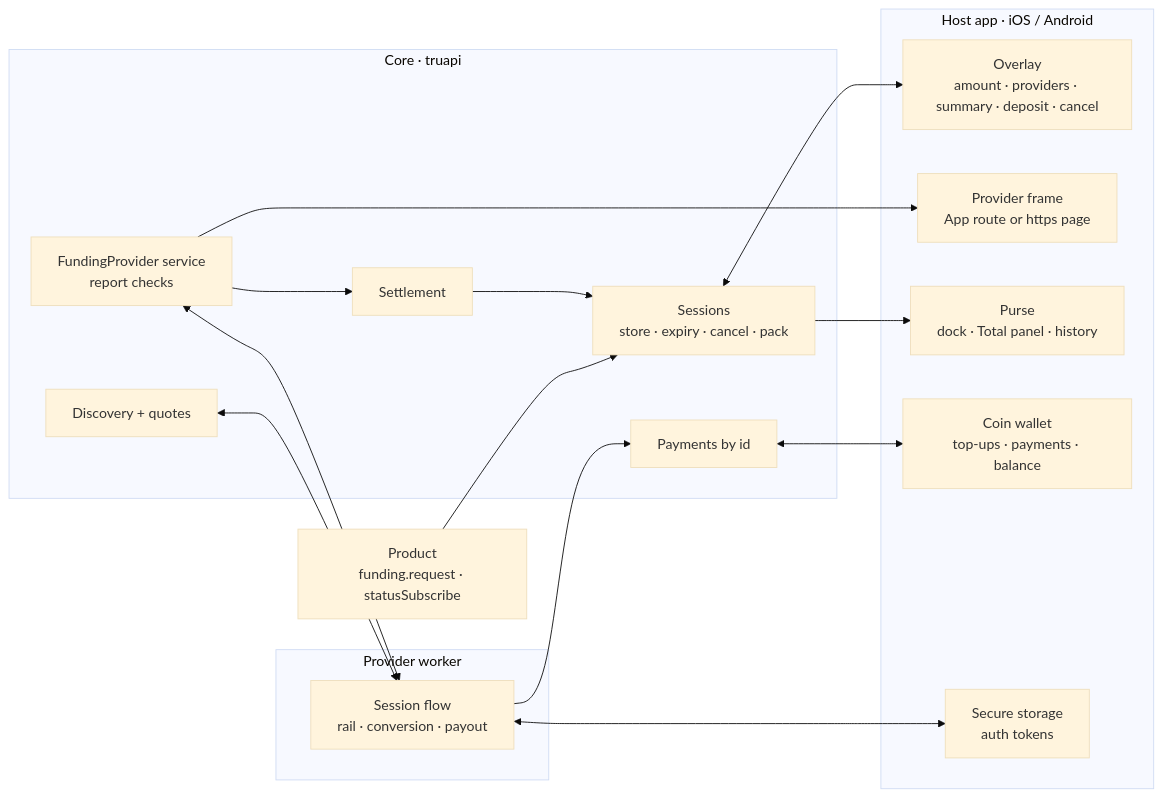
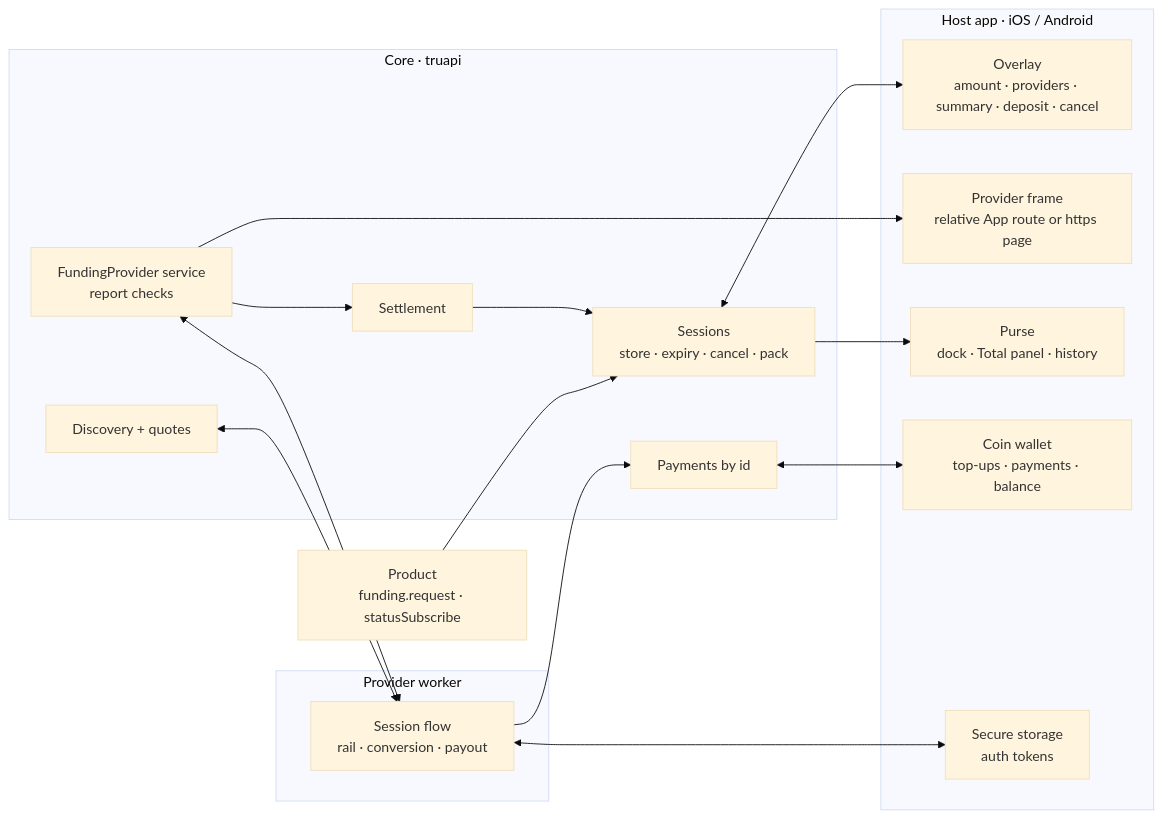
Before and after one commit to paritytech/trinity-user-agents: the first of 8 diagrams in docs/design/funding-modality.md, drawn with Mermaid (base theme). The commit also changed other lines of this file, not shown here.

````diff
--- a/docs/design/funding-modality.md
+++ b/docs/design/funding-modality.md
@@ -14,35 +14,35 @@
 ```mermaid
 flowchart LR
   product["Product<br/>funding.request · statusSubscribe"]
 
   subgraph HOST["Host app · iOS / Android"]
     overlay["Overlay<br/>amount · providers · summary · deposit · cancel"]
-    frame["Provider frame<br/>App route or https page"]
+    frame["Provider frame<br/>relative App route or https page"]
     purse["Purse<br/>dock · Total panel · history"]
     wallet["Coin wallet<br/>top-ups · payments · balance"]
     secure["Secure storage<br/>auth tokens"]
   end
 
   subgraph CORE["Core · truapi"]
     sessions["Sessions<br/>store · expiry · cancel · pack"]
     quotes["Discovery + quotes"]
     provider["FundingProvider service<br/>report checks"]
     settle["Settlement"]
     payments["Payments by id"]
   end
 
   subgraph WORKER["Provider worker"]
     flow["Session flow<br/>rail · conversion · payout"]
   end
 
   product --> sessions
   sessions <--> overlay
   sessions --> purse
   quotes <--> flow
   provider <--> flow
   provider --> frame
   flow --> payments
   payments <--> wallet
   provider --> settle --> sessions
   flow <--> secure
 ```
````
